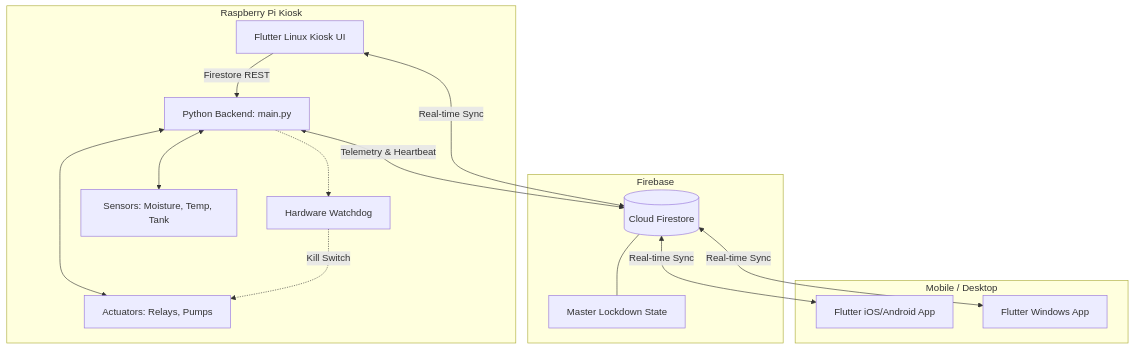
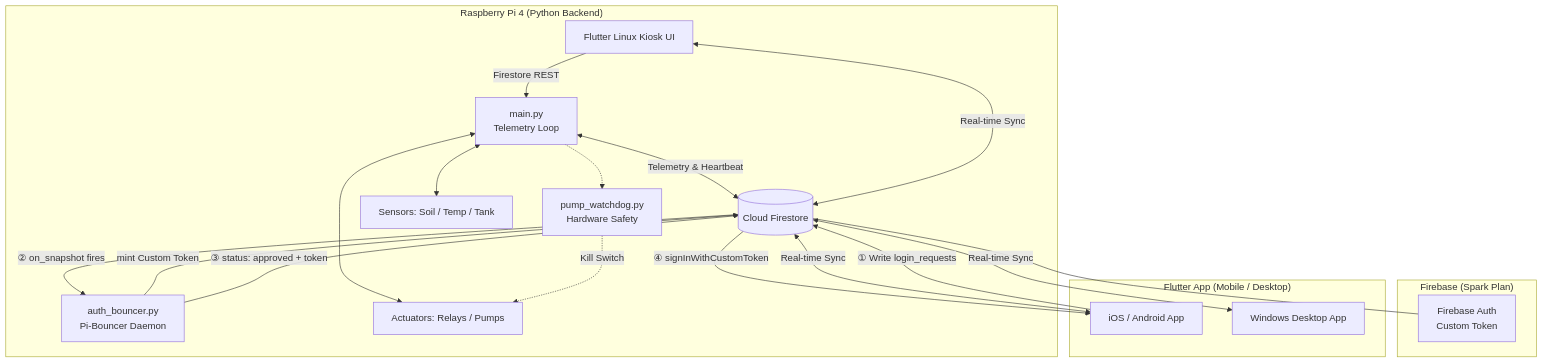
One commit to Arziii/Smartsprout changed the first of 6 diagrams in DefensePreparation.md. Above: the diagram before and after it, drawn with Mermaid. The commit also changed other lines of this file and 9 other files, not shown here.

Commit message:
feat: implement Pi-Bouncer hardware-rooted authentication and initialize Flutter project structure

````diff
--- a/DefensePreparation.md
+++ b/DefensePreparation.md
@@ -51,32 +52,38 @@
 ```mermaid
 graph TD
-    subgraph Edge Layer [Raspberry Pi Kiosk]
-        A[Python Backend: main.py]
-        B[Hardware Watchdog]
-        C[Sensors: Moisture, Temp, Tank]
-        D[Actuators: Relays, Pumps]
+    subgraph Edge ["Raspberry Pi 4 (Python Backend)"]
+        A[main.py\nTelemetry Loop]
+        AB[auth_bouncer.py\nPi-Bouncer Daemon]
+        B[pump_watchdog.py\nHardware Safety]
+        C["Sensors: Soil / Temp / Tank"]
+        D["Actuators: Relays / Pumps"]
         E[Flutter Linux Kiosk UI]
         
         A <--> C
         A <--> D
         A -.-> B
         B -.->|Kill Switch| D
+        AB -->|mint Custom Token| F
         E -->|Firestore REST| A
     end
 
-    subgraph Cloud Layer [Firebase]
+    subgraph Cloud ["Firebase (Spark Plan)"]
         F[(Cloud Firestore)]
-        LS[Master Lockdown State]
-        F --- LS
+        FA[Firebase Auth\nCustom Token]
+        F --- FA
     end
 
-    subgraph Client Layer [Mobile / Desktop]
-        G[Flutter iOS/Android App]
-        H[Flutter Windows App]
+    subgraph Client ["Flutter App (Mobile / Desktop)"]
+        G["iOS / Android App"]
+        H[Windows Desktop App]
     end
 
-    A <-->|Telemetry & Heartbeat| F
+    A <-->|"Telemetry & Heartbeat"| F
+    G -->|"① Write login_requests"| F
+    F -->|"② on_snapshot fires"| AB
+    AB -->|"③ status: approved + token"| F
+    F -->|"④ signInWithCustomToken"| G
     F <-->|Real-time Sync| G
     F <-->|Real-time Sync| H
     E <-->|Real-time Sync| F
 ```
````
